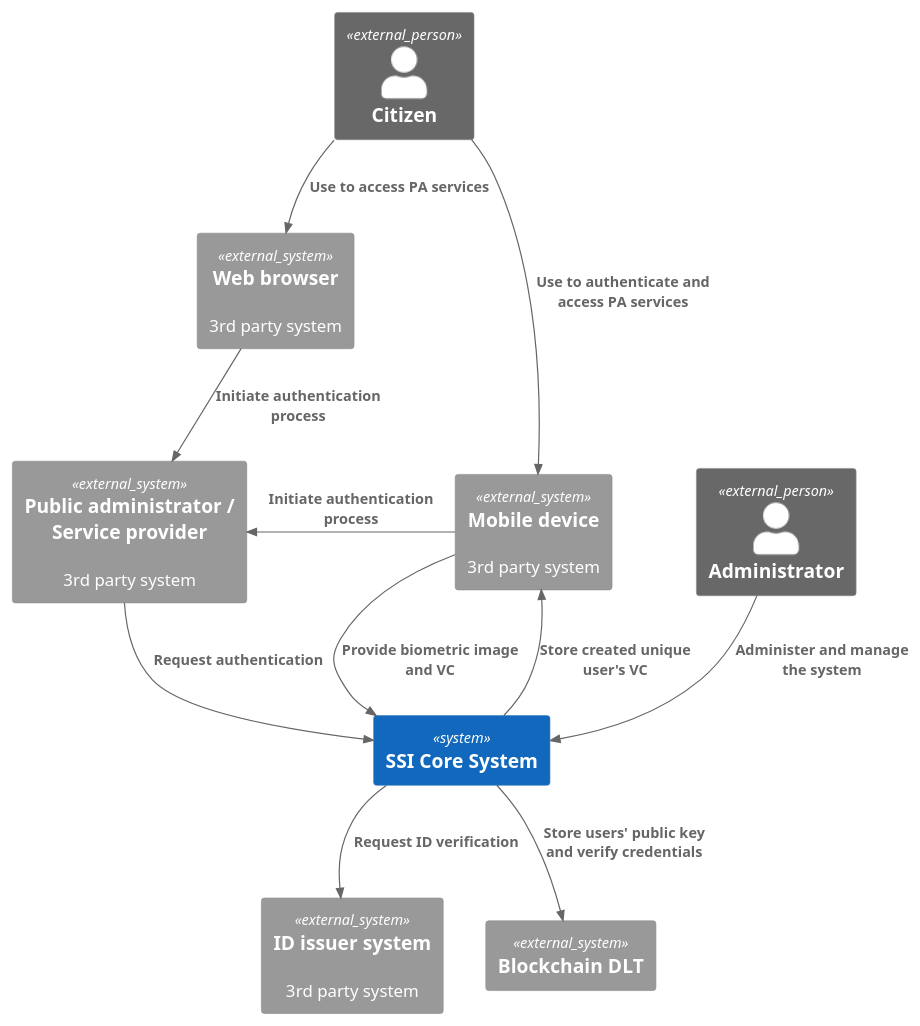
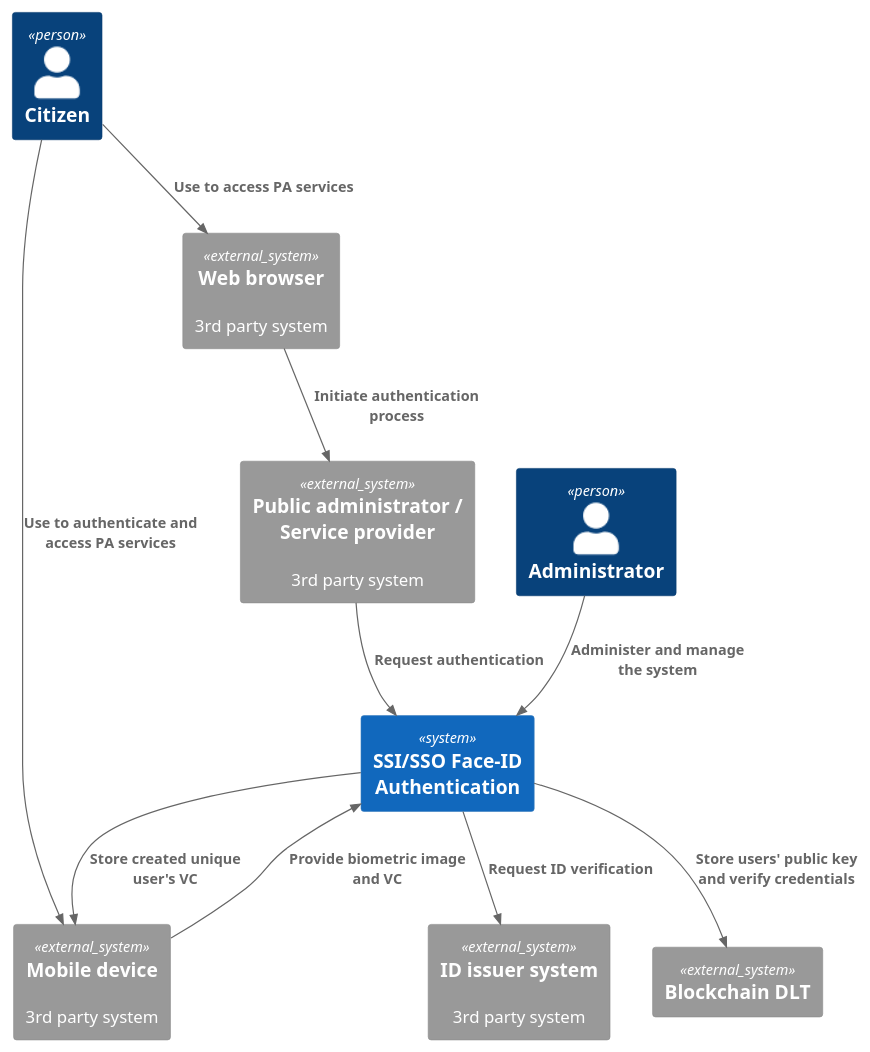
Before and after one commit to Dorfultariant/Architecture_Diagrams: the diagram in context_diagram.puml, drawn with PlantUML. The commit also changed 3 other files, not shown here.

```diff
--- a/context_diagram.puml
+++ b/context_diagram.puml
@@ -1,31 +1,31 @@
 @startuml ContextDiagram
 !include https://raw.githubusercontent.com/plantuml-stdlib/C4-PlantUML/master/C4_Container.puml
 
 
-System(systemCore, "SSI Core System")
-Person_Ext(personCitizen, "Citizen")
-Person_Ext(personAdmin, "Administrator")
+System(systemCore, "SSI/SSO Face-ID Authentication")
+Person(personCitizen, "Citizen")
+Person(personAdmin, "Administrator")
 System_Ext(externalIDIssuer, "ID issuer system", "3rd party system")
 System_Ext(externalMobile, "Mobile device", "3rd party system")
 System_Ext(externalWeb, "Web browser", "3rd party system")
 System_Ext(externalPA, "Public administrator / Service provider", "3rd party system")
 System_Ext(externalDLT, "Blockchain DLT")
 
 Rel(personAdmin, systemCore, "Administer and manage the system")
 
 Rel(personCitizen, externalMobile, "Use to authenticate and access PA services")
 Rel(personCitizen, externalWeb, "Use to access PA services")
 
 Rel(systemCore, externalIDIssuer, "Request ID verification")
 Rel(systemCore, externalMobile, "Store created unique user's VC")
 Rel(systemCore, externalDLT, "Store users' public key and verify credentials")
 
-Rel_L(externalMobile, externalPA, "Initiate authentication process")
+' Rel_L(externalMobile, externalPA, "Initiate authentication process")
 Rel(externalMobile, systemCore, "Provide biometric image and VC")
 
 Rel(externalWeb, externalPA, "Initiate authentication process")
 
 Rel(externalPA, systemCore, "Request authentication")
 
 
 @enduml
```
